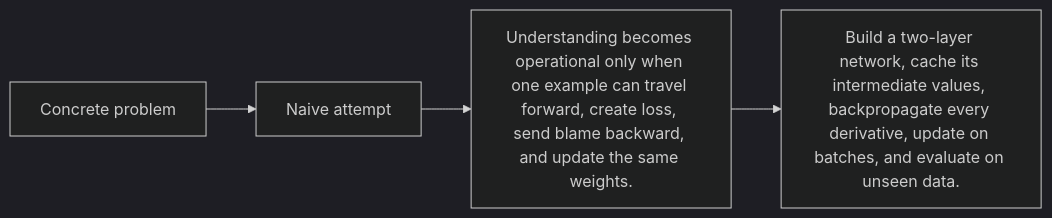
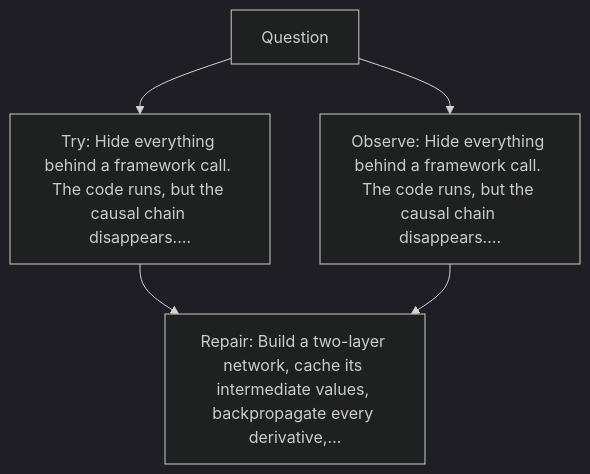
One commit to kleem-labs/AI-Archaeology changed the diagram in excavations/035-tiny-neural-network/diagram.md. Above: the diagram before and after it, drawn with Mermaid (dark theme). The commit also changed other lines of this file and 288 other files, not shown here.

````diff
--- a/excavations/035-tiny-neural-network/diagram.md
+++ b/excavations/035-tiny-neural-network/diagram.md
@@ -3,4 +5,7 @@
-~~~mermaid
-flowchart LR
- A["Concrete problem"] --> B["Naive attempt"] --> C["Understanding becomes operational only when one example can travel forward, create loss, send blame backward, and update the same weights."] --> D["Build a two-layer network, cache its intermediate values, backpropagate every derivative, update on batches, and evaluate on unseen data."]
-~~~
+```mermaid
+flowchart TD
+    A["Question"] --> B["Try: Hide everything behind a framework call. The code runs, but the causal chain disappears.…"]
+    A --> C["Observe: Hide everything behind a framework call. The code runs, but the causal chain disappears.…"]
+    B --> D["Repair: Build a two-layer network, cache its intermediate values, backpropagate every derivative,…"]
+    C --> D
+```
````
